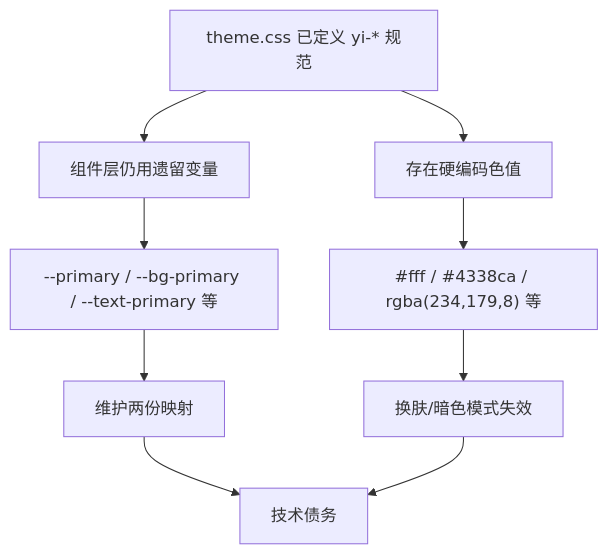
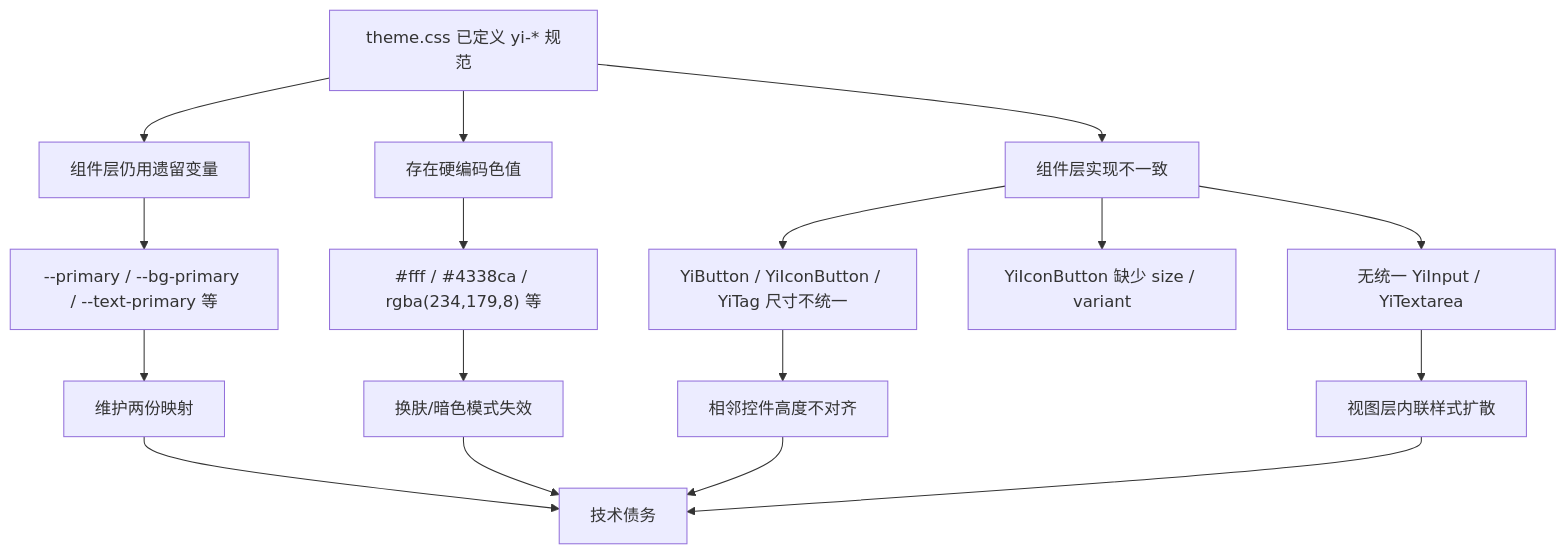
The first of 2 diagrams in docs/故事任务面板/YiWeb/YiWeb-unify-theme-colors/01-故事任务.md (effiy/YiWeb), drawn with Mermaid before and after one commit. The commit also changed other lines of this file and 9 other files, not shown here.

````diff
--- a/docs/故事任务面板/YiWeb/YiWeb-unify-theme-colors/01-故事任务.md
+++ b/docs/故事任务面板/YiWeb/YiWeb-unify-theme-colors/01-故事任务.md
@@ -19,11 +19,19 @@
 ```mermaid
 flowchart TD
     A["theme.css 已定义 yi-* 规范"] --> B["组件层仍用遗留变量"]
     A --> C["存在硬编码色值"]
     B --> D["--primary / --bg-primary / --text-primary 等"]
     C --> E["#fff / #4338ca / rgba(234,179,8) 等"]
     D --> F["维护两份映射"]
     E --> G["换肤/暗色模式失效"]
     F --> H["技术债务"]
     G --> H
+    A --> I["组件层实现不一致"]
+    I --> J["YiButton / YiIconButton / YiTag 尺寸不统一"]
+    I --> K["YiIconButton 缺少 size / variant"]
+    I --> L["无统一 YiInput / YiTextarea"]
+    J --> M["相邻控件高度不对齐"]
+    L --> N["视图层内联样式扩散"]
+    M --> H
+    N --> H
 ```
````
